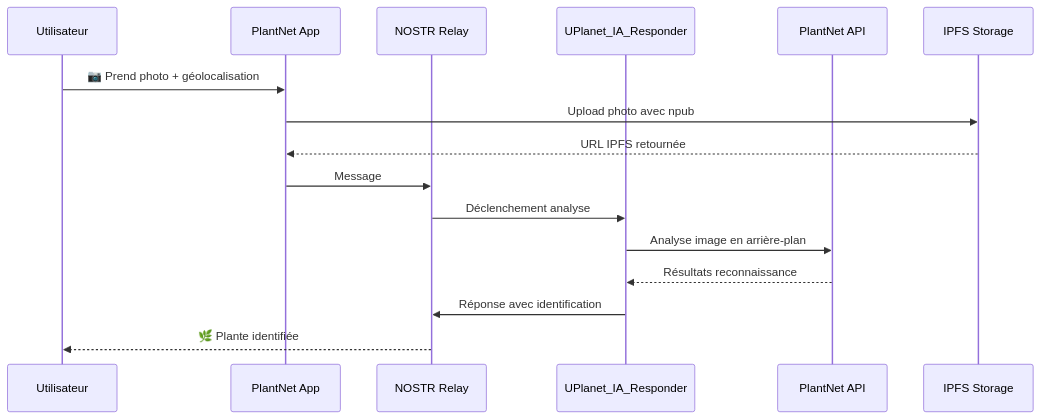
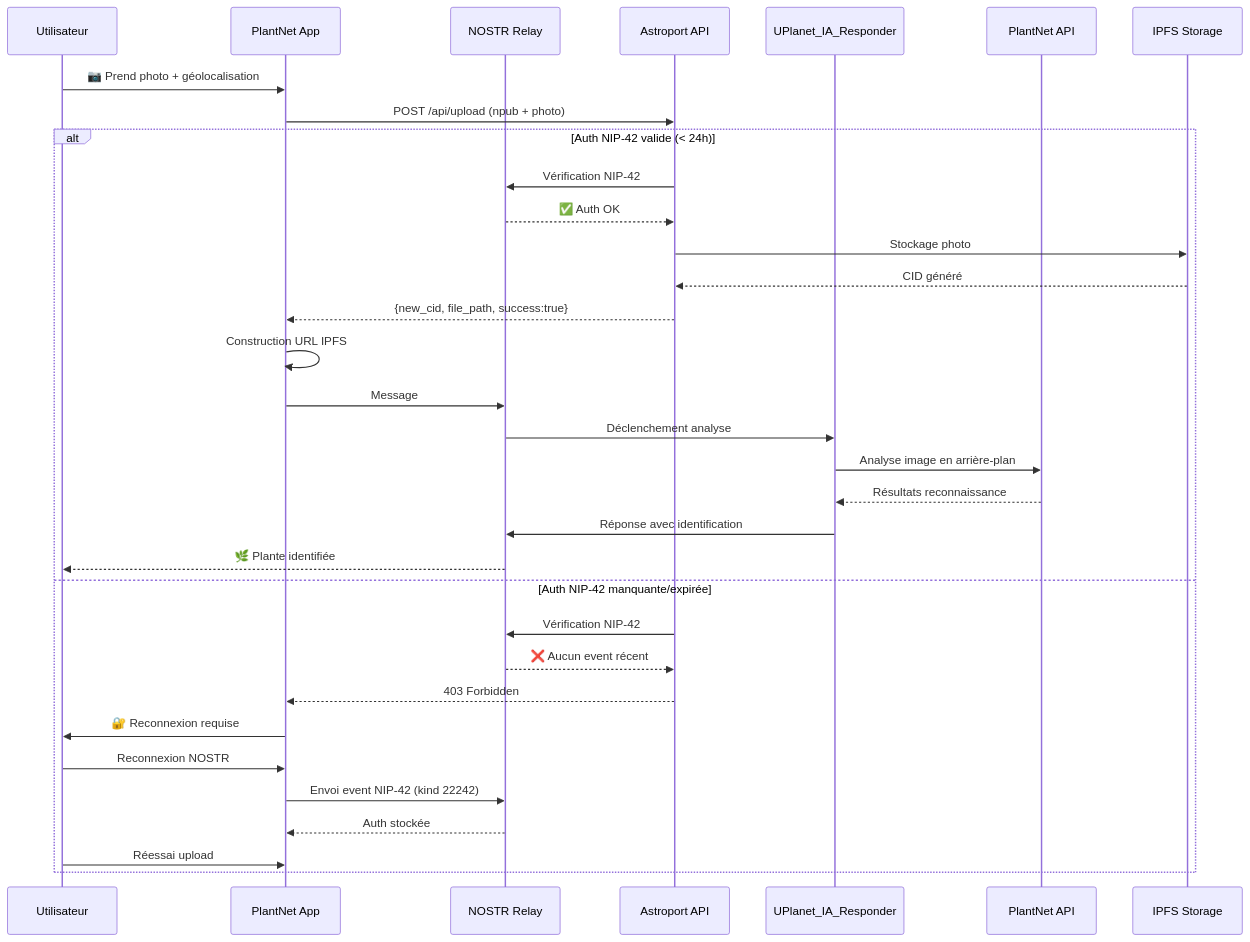
One commit to papiche/Astroport.ONE changed the seventh of 11 diagrams in API.NOSTRAuth.readme.md. Above: the diagram before and after it, drawn with Mermaid. The commit also changed other lines of this file, not shown here.

````diff
--- a/API.NOSTRAuth.readme.md
+++ b/API.NOSTRAuth.readme.md
@@ -759,19 +759,37 @@
 ```mermaid
 sequenceDiagram
     participant User as Utilisateur
     participant App as PlantNet App
     participant Relay as NOSTR Relay
+    participant API as Astroport API
     participant IA as UPlanet_IA_Responder
     participant PlantNet as PlantNet API
     participant IPFS as IPFS Storage
     
     User->>App: 📷 Prend photo + géolocalisation
-    App->>IPFS: Upload photo avec npub
-    IPFS-->>App: URL IPFS retournée
-    App->>Relay: Message #BRO #plantnet + URL
-    Relay->>IA: Déclenchement analyse
-    IA->>PlantNet: Analyse image en arrière-plan
-    PlantNet-->>IA: Résultats reconnaissance
-    IA->>Relay: Réponse avec identification
-    Relay-->>User: 🌿 Plante identifiée
+    App->>API: POST /api/upload (npub + photo)
+    
+    alt Auth NIP-42 valide (< 24h)
+        API->>Relay: Vérification NIP-42
+        Relay-->>API: ✅ Auth OK
+        API->>IPFS: Stockage photo
+        IPFS-->>API: CID généré
+        API-->>App: {new_cid, file_path, success:true}
+        App->>App: Construction URL IPFS
+        App->>Relay: Message #BRO #plantnet + URL
+        Relay->>IA: Déclenchement analyse
+        IA->>PlantNet: Analyse image en arrière-plan
+        PlantNet-->>IA: Résultats reconnaissance
+        IA->>Relay: Réponse avec identification
+        Relay-->>User: 🌿 Plante identifiée
+    else Auth NIP-42 manquante/expirée
+        API->>Relay: Vérification NIP-42
+        Relay-->>API: ❌ Aucun event récent
+        API-->>App: 403 Forbidden
+        App->>User: 🔐 Reconnexion requise
+        User->>App: Reconnexion NOSTR
+        App->>Relay: Envoi event NIP-42 (kind 22242)
+        Relay-->>App: Auth stockée
+        User->>App: Réessai upload
+    end
 ```
````
